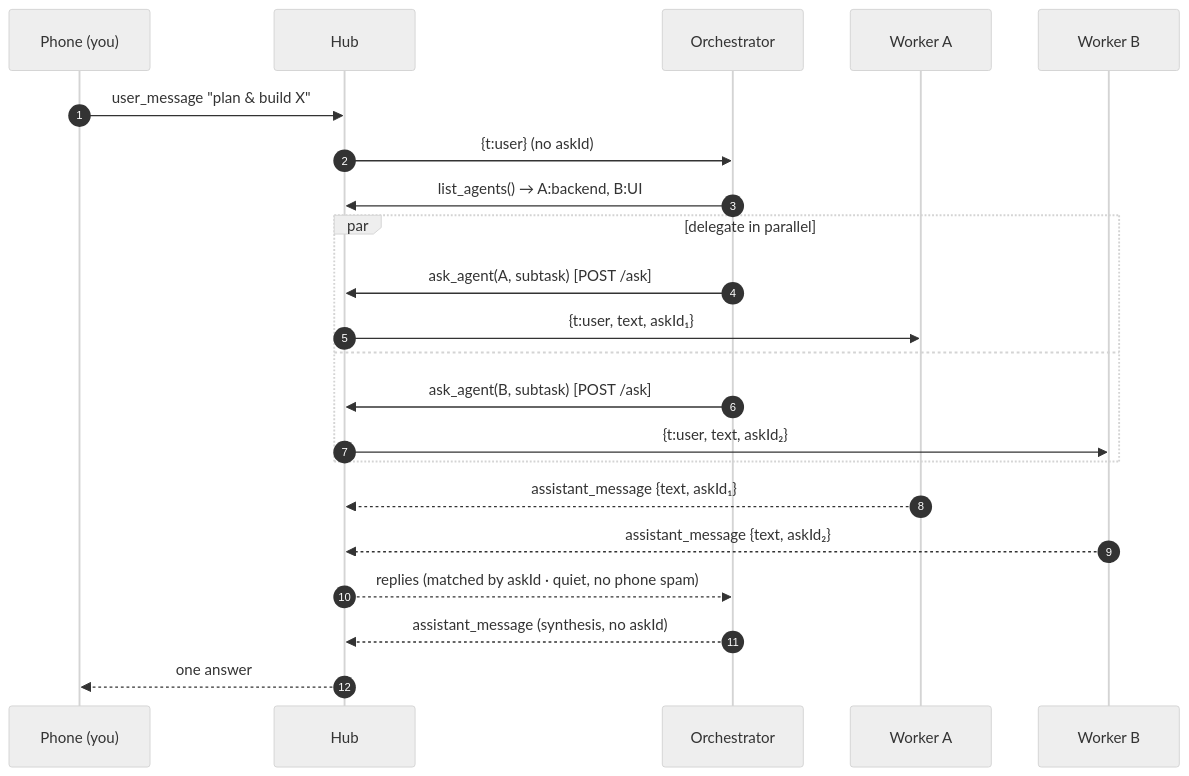
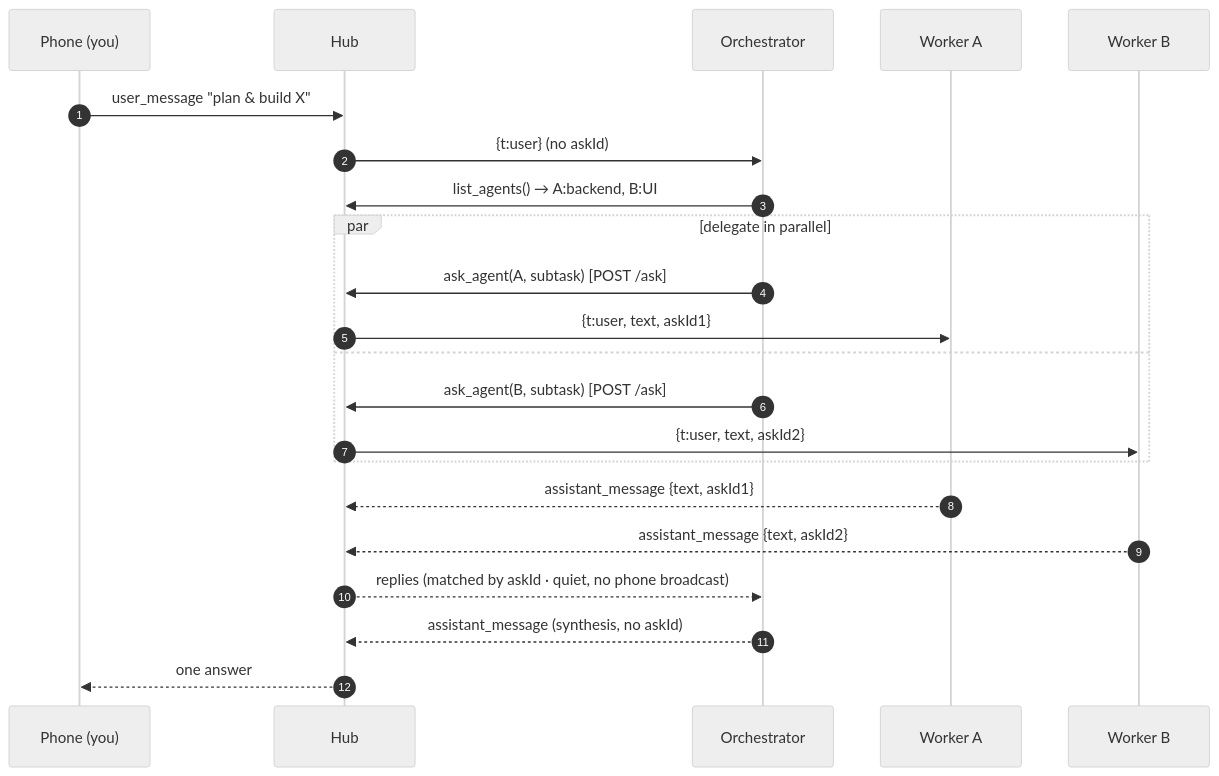
Before and after one commit to rg1989/Agentic-Android: the second of 3 diagrams in docs/orchestration.md, drawn with Mermaid (neutral theme). The commit also changed other lines of this file, not shown here.

Commit message:
docs: orchestration architecture, diagrams, and safety mechanisms

````diff
--- a/docs/orchestration.md
+++ b/docs/orchestration.md
@@ -27,24 +28,24 @@
 ```mermaid
 sequenceDiagram
   autonumber
   participant P as Phone (you)
   participant H as Hub
   participant O as Orchestrator
   participant A as Worker A
   participant B as Worker B
   P->>H: user_message "plan & build X"
-  H->>O: {t:user}  (no askId)
-  O->>H: list_agents()  → A:backend, B:UI
+  H->>O: {t:user} (no askId)
+  O->>H: list_agents() → A:backend, B:UI
   par delegate in parallel
     O->>H: ask_agent(A, subtask)  [POST /ask]
-    H->>A: {t:user, text, askId₁}
+    H->>A: {t:user, text, askId1}
   and
     O->>H: ask_agent(B, subtask)  [POST /ask]
-    H->>B: {t:user, text, askId₂}
+    H->>B: {t:user, text, askId2}
   end
-  A-->>H: assistant_message {text, askId₁}
-  B-->>H: assistant_message {text, askId₂}
-  H-->>O: replies (matched by askId · quiet, no phone spam)
-  O-->>H: assistant_message  (synthesis, no askId)
+  A-->>H: assistant_message {text, askId1}
+  B-->>H: assistant_message {text, askId2}
+  H-->>O: replies (matched by askId · quiet, no phone broadcast)
+  O-->>H: assistant_message (synthesis, no askId)
   H-->>P: one answer
 ```
````
